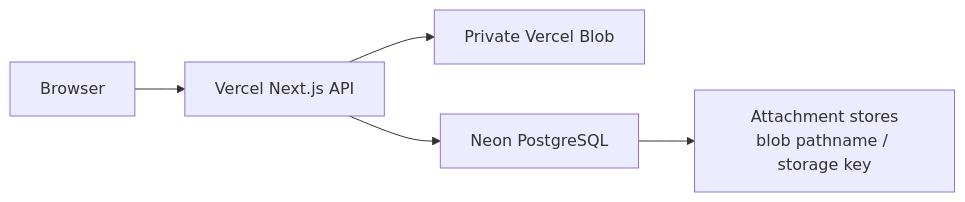
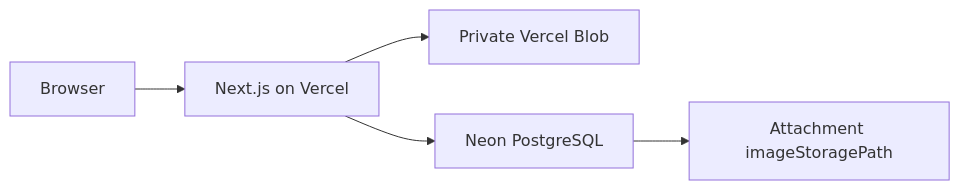
The fourth of 4 diagrams in docs/architecture/image-flow.md (kakumine2001/NoteFable), drawn with Mermaid before and after one commit. The commit also changed other lines of this file and 6 other files, not shown here.

Commit message:
docs: consolidate architecture overview and harden Mermaid

````diff
--- a/docs/architecture/image-flow.md
+++ b/docs/architecture/image-flow.md
@@ -163,7 +156,7 @@
 ```mermaid
 flowchart LR
-    UI["Browser"] --> API["Vercel Next.js API"]
-    API --> Blob["Private Vercel Blob"]
-    API --> DB["Neon PostgreSQL"]
-    DB --> Key["Attachment stores<br/>blob pathname / storage key"]
+    Browser["Browser"] --> App["Next.js on Vercel"]
+    App --> Blob["Private Vercel Blob"]
+    App --> Neon["Neon PostgreSQL"]
+    Neon --> Ref["Attachment imageStoragePath"]
 ```
````
